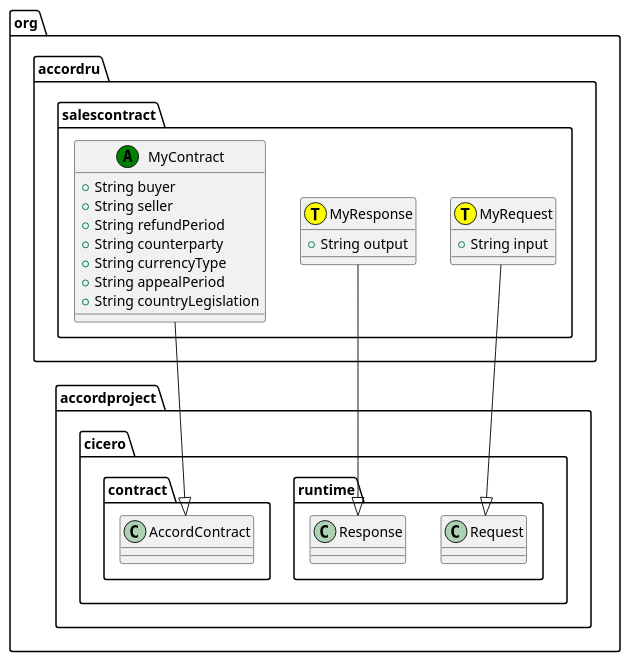
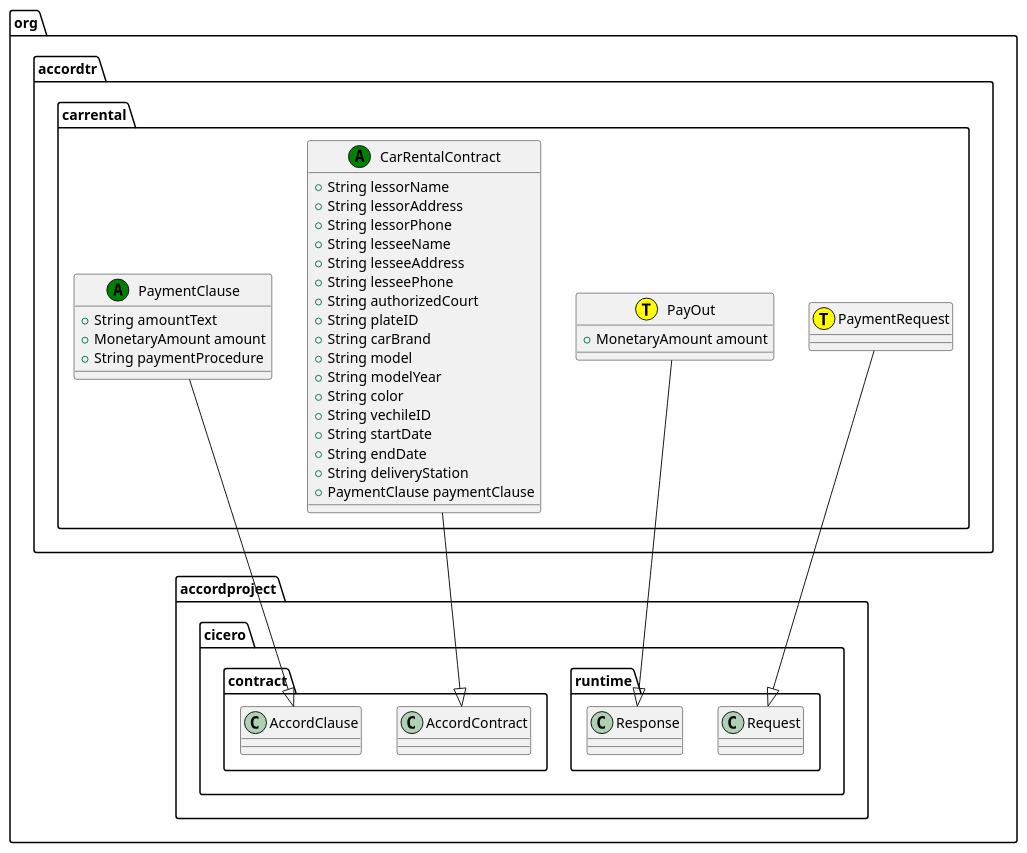
Before and after one commit to accordproject/cicero-template-library: the diagram in build/car-rental-tr@0.1.0.puml, drawn with PlantUML. The commit also changed 24 other files, not shown here.

```diff
--- a/build/car-rental-tr@0.1.0.puml
+++ b/build/car-rental-tr@0.1.0.puml
@@ -1,20 +1,35 @@
 @startuml
-class org.accordru.salescontract.MyRequest << (T,yellow) >> {
-   + String input
+class org.accordtr.carrental.PaymentRequest << (T,yellow) >> {
 }
-org.accordru.salescontract.MyRequest --|> org.accordproject.cicero.runtime.Request
-class org.accordru.salescontract.MyResponse << (T,yellow) >> {
-   + String output
+org.accordtr.carrental.PaymentRequest --|> org.accordproject.cicero.runtime.Request
+class org.accordtr.carrental.PayOut << (T,yellow) >> {
+   + MonetaryAmount amount
 }
-org.accordru.salescontract.MyResponse --|> org.accordproject.cicero.runtime.Response
-class org.accordru.salescontract.MyContract << (A,green) >> {
-   + String buyer
-   + String seller
-   + String refundPeriod
-   + String counterparty
-   + String currencyType
-   + String appealPeriod
-   + String countryLegislation
+org.accordtr.carrental.PayOut --|> org.accordproject.cicero.runtime.Response
+class org.accordtr.carrental.CarRentalContract << (A,green) >> {
+   + String lessorName
+   + String lessorAddress
+   + String lessorPhone
+   + String lesseeName
+   + String lesseeAddress
+   + String lesseePhone
+   + String authorizedCourt
+   + String plateID
+   + String carBrand
+   + String model
+   + String modelYear
+   + String color
+   + String vechileID
+   + String startDate
+   + String endDate
+   + String deliveryStation
+   + PaymentClause paymentClause
 }
-org.accordru.salescontract.MyContract --|> org.accordproject.cicero.contract.AccordContract
+org.accordtr.carrental.CarRentalContract --|> org.accordproject.cicero.contract.AccordContract
+class org.accordtr.carrental.PaymentClause << (A,green) >> {
+   + String amountText
+   + MonetaryAmount amount
+   + String paymentProcedure
+}
+org.accordtr.carrental.PaymentClause --|> org.accordproject.cicero.contract.AccordClause
 @enduml
```
